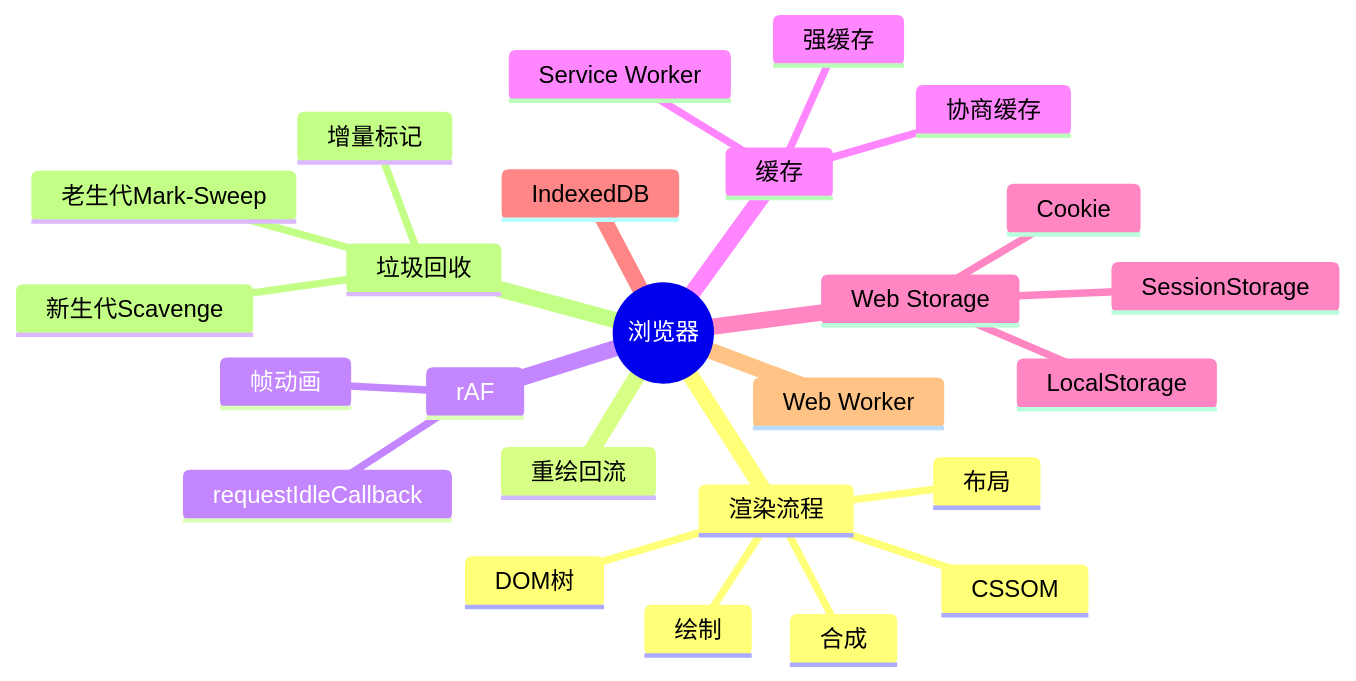
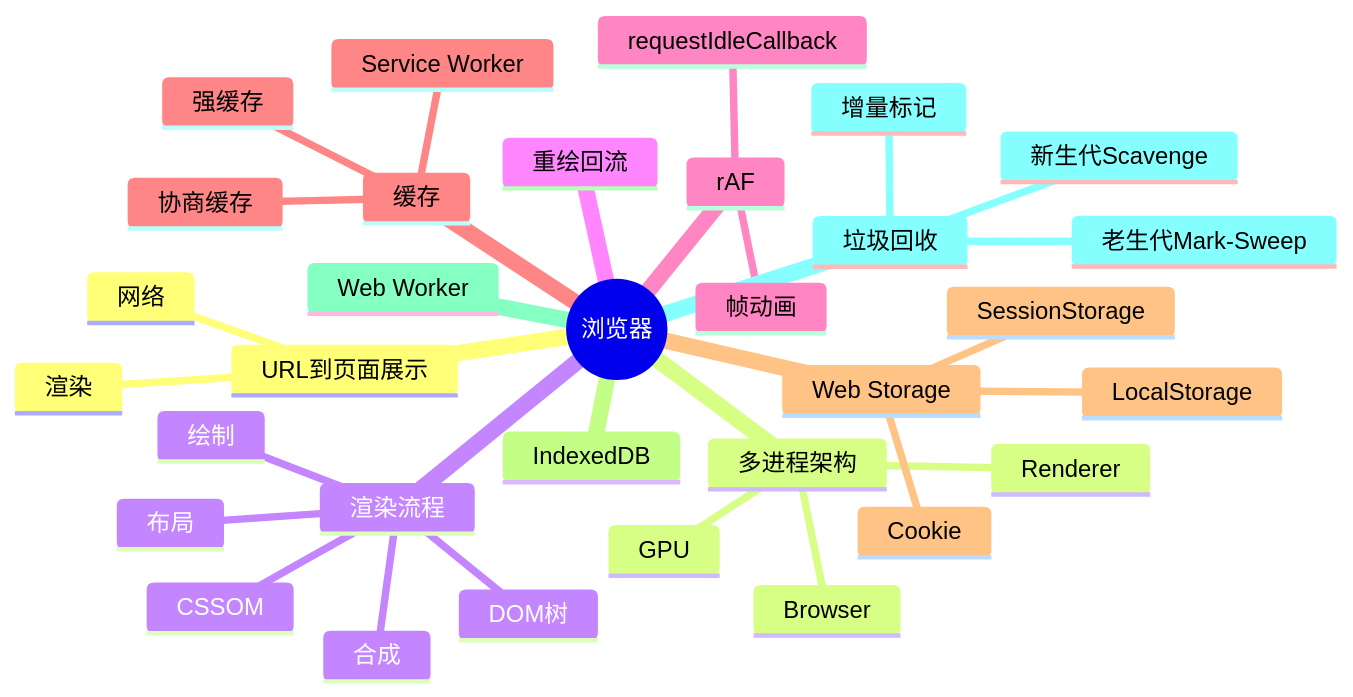
One commit to zjh42139/interview-notes changed the diagram in docs/浏览器/index.md. Above: the diagram before and after it, drawn with Mermaid. The commit also changed other lines of this file and 12 other files, not shown here.

````diff
--- a/docs/浏览器/index.md
+++ b/docs/浏览器/index.md
@@ -9,28 +9,35 @@
 ```mermaid
 mindmap
   root((浏览器))
+    URL到页面展示
+      网络
+      渲染
+    多进程架构
+      Browser
+      Renderer
+      GPU
     渲染流程
       DOM树
       CSSOM
       布局
       绘制
       合成
     重绘回流
     rAF
       帧动画
       requestIdleCallback
     缓存
       强缓存
       协商缓存
       Service Worker
     Web Storage
       Cookie
       LocalStorage
       SessionStorage
     IndexedDB
     Web Worker
     垃圾回收
       新生代Scavenge
       老生代Mark-Sweep
       增量标记
 ```
````
